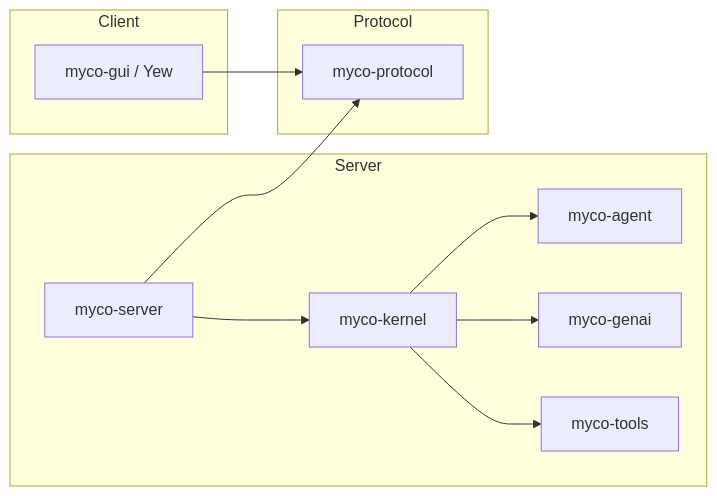
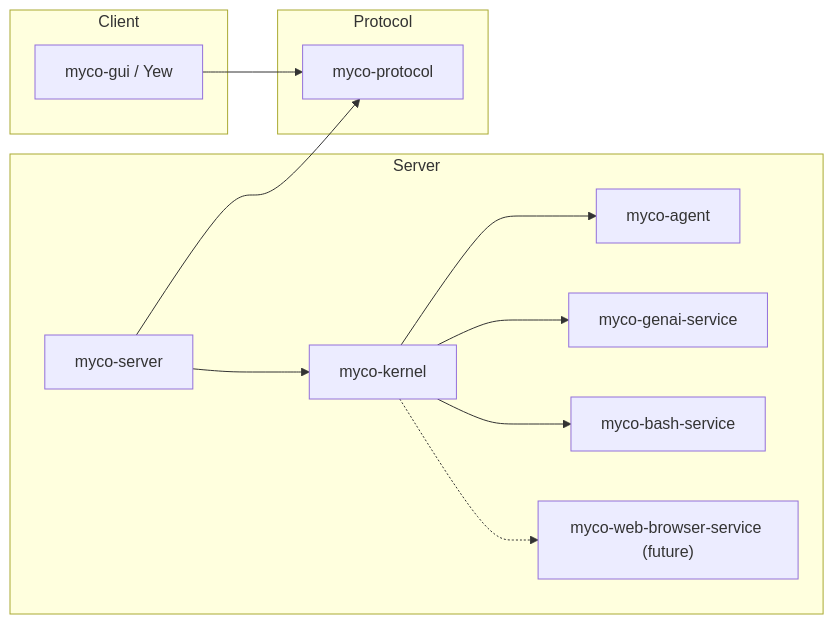
One commit to tsnl/myco changed the diagram in DESIGN.md. Above: the diagram before and after it, drawn with Mermaid. The commit also changed other lines of this file and 1 other file, not shown here.

Commit message:
Split capabilities into service crates and keep tools in kernel

````diff
--- a/DESIGN.md
+++ b/DESIGN.md
@@ -7,17 +7,18 @@
 ```mermaid
 flowchart LR
     subgraph Server
         server[myco-server] --> kernel[myco-kernel]
         kernel --> agent[myco-agent]
-        kernel --> genai[myco-genai]
-        kernel --> tools[myco-tools]
+        kernel --> genai[myco-genai-service]
+        kernel --> bash[myco-bash-service]
+        kernel -.-> browser["myco-web-browser-service (future)"]
     end
     subgraph Protocol
         protocol[myco-protocol]
     end
     subgraph Client
         gui[myco-gui / Yew]
     end
     server --> protocol
     gui --> protocol
 ```
````
